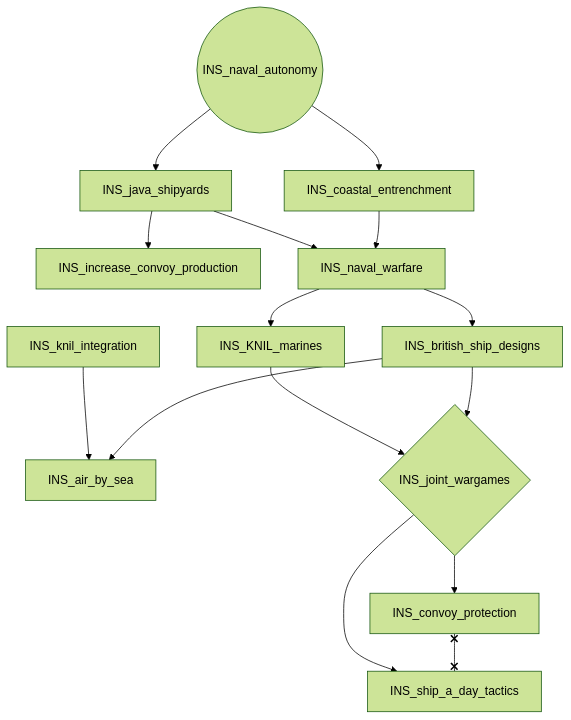
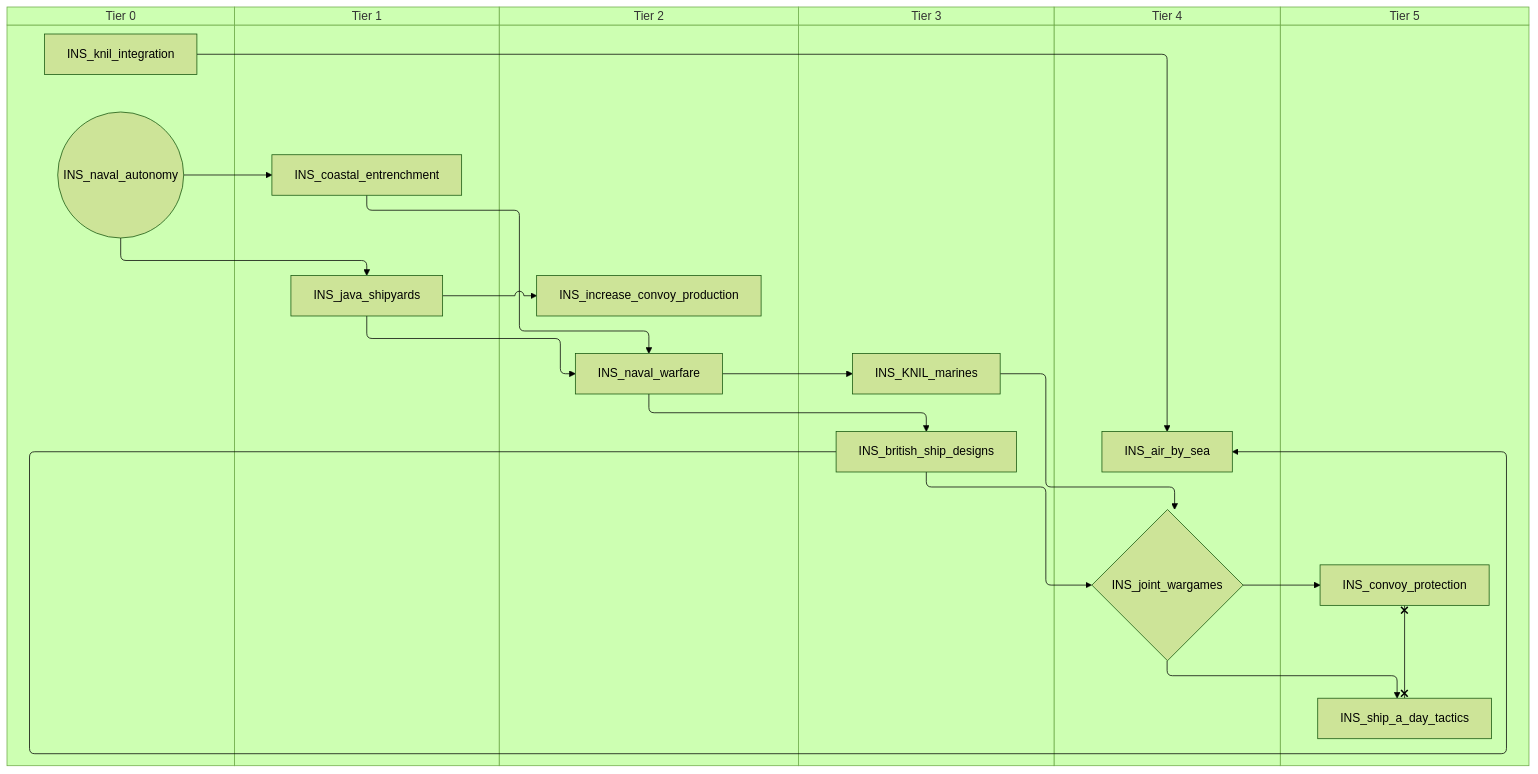
Before and after one commit to evgeny-sobol/hoi4-sandbox-mode-r56: the fourth of 6 diagrams in docs/gdd/National Focuses/r56/r56_indonesia.md, drawn with Mermaid (forest theme). The commit also changed other lines of this file and 423 other files, not shown here.

First line of the commit message:
Re-export Rt56 focus trees as swimlane diagrams

````diff
--- a/docs/gdd/National Focuses/r56/r56_indonesia.md
+++ b/docs/gdd/National Focuses/r56/r56_indonesia.md
@@ -194,29 +238,41 @@
 ```mermaid
-flowchart TD
-    n74["INS_KNIL_marines"]
-    n75["INS_air_by_sea"]
-    n76["INS_british_ship_designs"]
-    n77["INS_coastal_entrenchment"]
-    n78["INS_convoy_protection"]
-    n79["INS_increase_convoy_production"]
-    n80["INS_java_shipyards"]
-    n81{"INS_joint_wargames"}
-    n82["INS_knil_integration"]
-    n83(("INS_naval_autonomy"))
-    n84["INS_naval_warfare"]
-    n85["INS_ship_a_day_tactics"]
-    n84 --> n74
-    n82 --> n75
-    n76 --> n75
-    n84 --> n76
-    n83 --> n77
-    n81 --> n78
-    n80 --> n79
-    n83 --> n80
-    n74 --> n81
-    n76 --> n81
-    n80 --> n84
-    n77 --> n84
-    n81 --> n85
-    n78 x--x n85
+swimlane-beta TD
+    subgraph tier_0["Tier 0"]
+        n74["INS_knil_integration"]
+        n75(("INS_naval_autonomy"))
+    end
+    subgraph tier_1["Tier 1"]
+        n76["INS_coastal_entrenchment"]
+        n77["INS_java_shipyards"]
+    end
+    subgraph tier_2["Tier 2"]
+        n78["INS_increase_convoy_production"]
+        n79["INS_naval_warfare"]
+    end
+    subgraph tier_3["Tier 3"]
+        n80["INS_KNIL_marines"]
+        n81["INS_british_ship_designs"]
+    end
+    subgraph tier_4["Tier 4"]
+        n82["INS_air_by_sea"]
+        n83{"INS_joint_wargames"}
+    end
+    subgraph tier_5["Tier 5"]
+        n84["INS_convoy_protection"]
+        n85["INS_ship_a_day_tactics"]
+    end
+    n79 --> n80
+    n74 --> n82
+    n81 --> n82
+    n79 --> n81
+    n75 --> n76
+    n83 --> n84
+    n77 --> n78
+    n75 --> n77
+    n80 --> n83
+    n81 --> n83
+    n77 --> n79
+    n76 --> n79
+    n83 --> n85
+    n84 x--x n85
 ```
````
